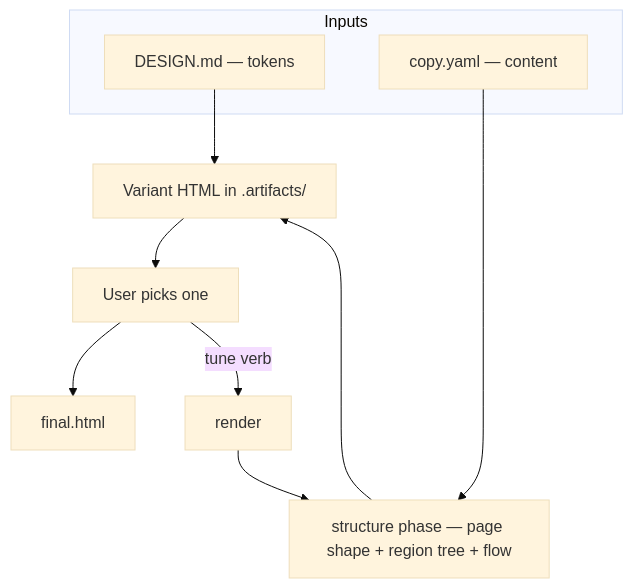
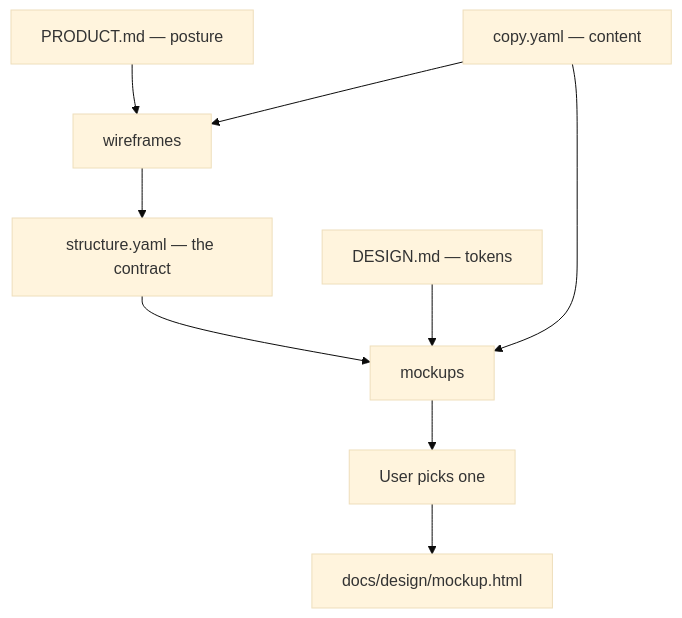
The diagram in skills/product/craft-ui/README.md (adeonir/agent-skills), drawn with Mermaid (base theme) before and after one commit. The commit also changed other lines of this file and 2 other files, not shown here.

Commit message:
docs(craft-ui): document the two phases and where the chosen mockup lands

````diff
--- a/skills/product/craft-ui/README.md
+++ b/skills/product/craft-ui/README.md
@@ -7,14 +7,11 @@
 ```mermaid
 flowchart TD
-    subgraph inputs[Inputs]
-      D[DESIGN.md — tokens]
-      C[copy.yaml — content]
-    end
-    R[render] --> ST[structure phase — page shape + region tree + flow]
-    C --> ST
-    ST --> V[Variant HTML in .artifacts/]
-    D --> V
-    V --> Pick[User picks one]
-    Pick --> F[final.html]
-    Pick -->|tune verb| R
+    P[PRODUCT.md — posture] --> W[wireframes]
+    C[copy.yaml — content] --> W
+    W --> S[structure.yaml — the contract]
+    S --> M[mockups]
+    D[DESIGN.md — tokens] --> M
+    C --> M
+    M --> Pick[User picks one]
+    Pick --> F[docs/design/mockup.html]
 ```
````
